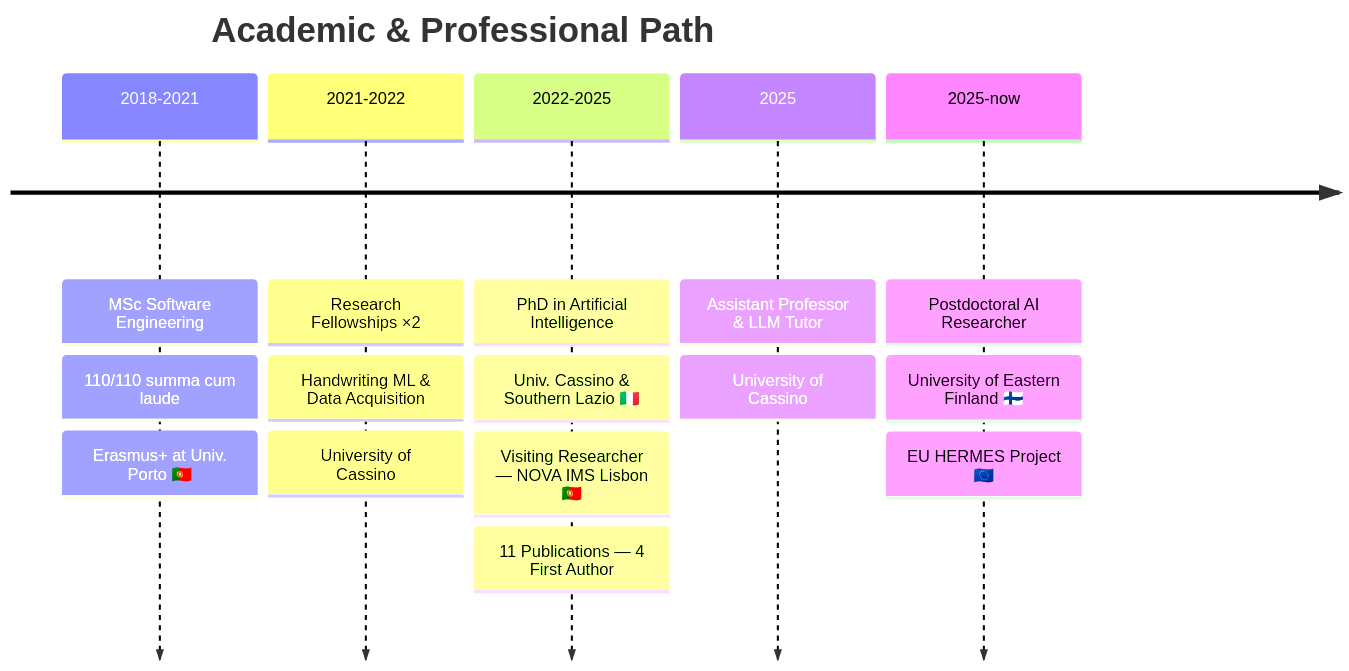
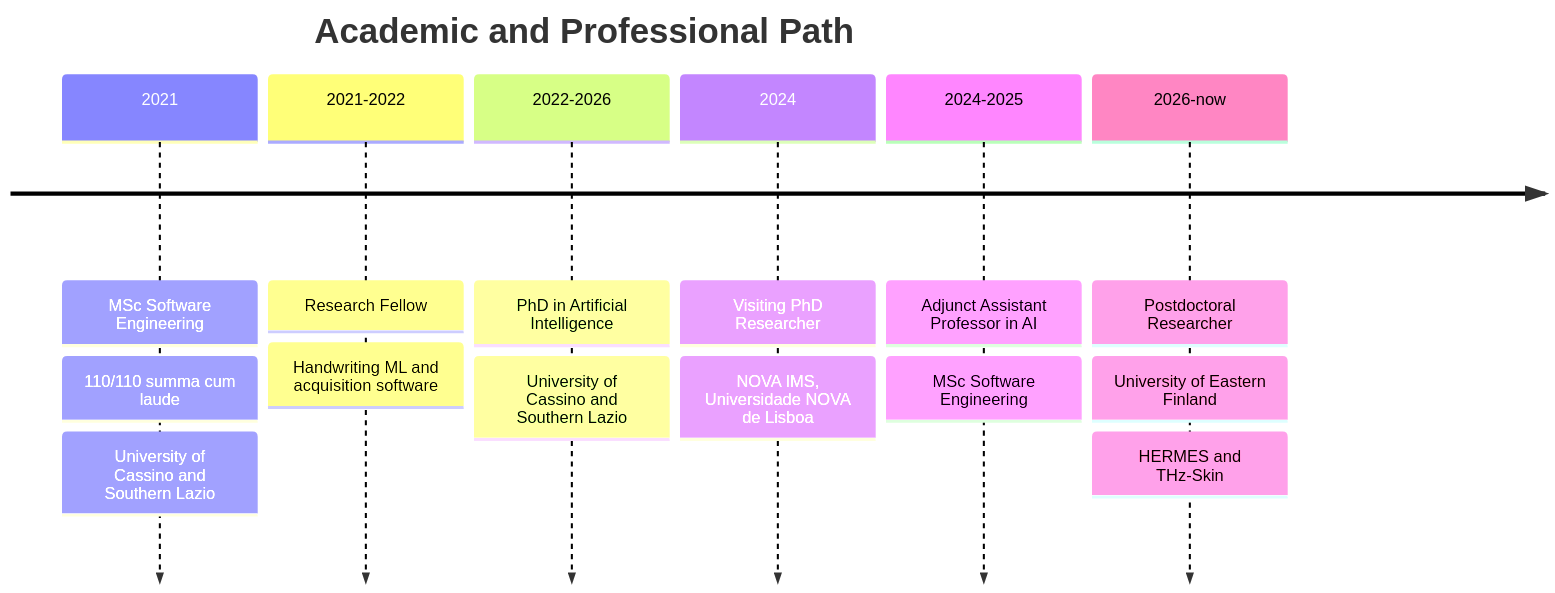
The diagram in README.md (Narden91/Narden91), drawn with Mermaid before and after one commit. The commit also changed other lines of this file, not shown here.

First line of the commit message:
Revise README with updated profile and research details

````diff
--- a/README.md
+++ b/README.md
@@ -93,19 +112,18 @@
 ```mermaid
 timeline
-    title Academic & Professional Path
-    2018-2021 : MSc Software Engineering
-             : 110/110 summa cum laude
-             : Erasmus+ at Univ. Porto 🇵🇹
-    2021-2022 : Research Fellowships ×2
-             : Handwriting ML & Data Acquisition
-             : University of Cassino
-    2022-2025 : PhD in Artificial Intelligence
-             : Univ. Cassino & Southern Lazio 🇮🇹
-             : Visiting Researcher — NOVA IMS Lisbon 🇵🇹
-             : 11 Publications — 4 First Author
-    2025      : Assistant Professor & LLM Tutor
-             : University of Cassino
-    2025-now  : Postdoctoral AI Researcher
-             : University of Eastern Finland 🇫🇮
-             : EU HERMES Project 🇪🇺
+    title Academic and Professional Path
+    2021 : MSc Software Engineering
+         : 110/110 summa cum laude
+         : University of Cassino and Southern Lazio
+    2021-2022 : Research Fellow
+              : Handwriting ML and acquisition software
+    2022-2026 : PhD in Artificial Intelligence
+              : University of Cassino and Southern Lazio
+    2024 : Visiting PhD Researcher
+         : NOVA IMS, Universidade NOVA de Lisboa
+    2024-2025 : Adjunct Assistant Professor in AI
+              : MSc Software Engineering
+    2026-now : Postdoctoral Researcher
+             : University of Eastern Finland
+             : HERMES and THz-Skin
 ```
````
